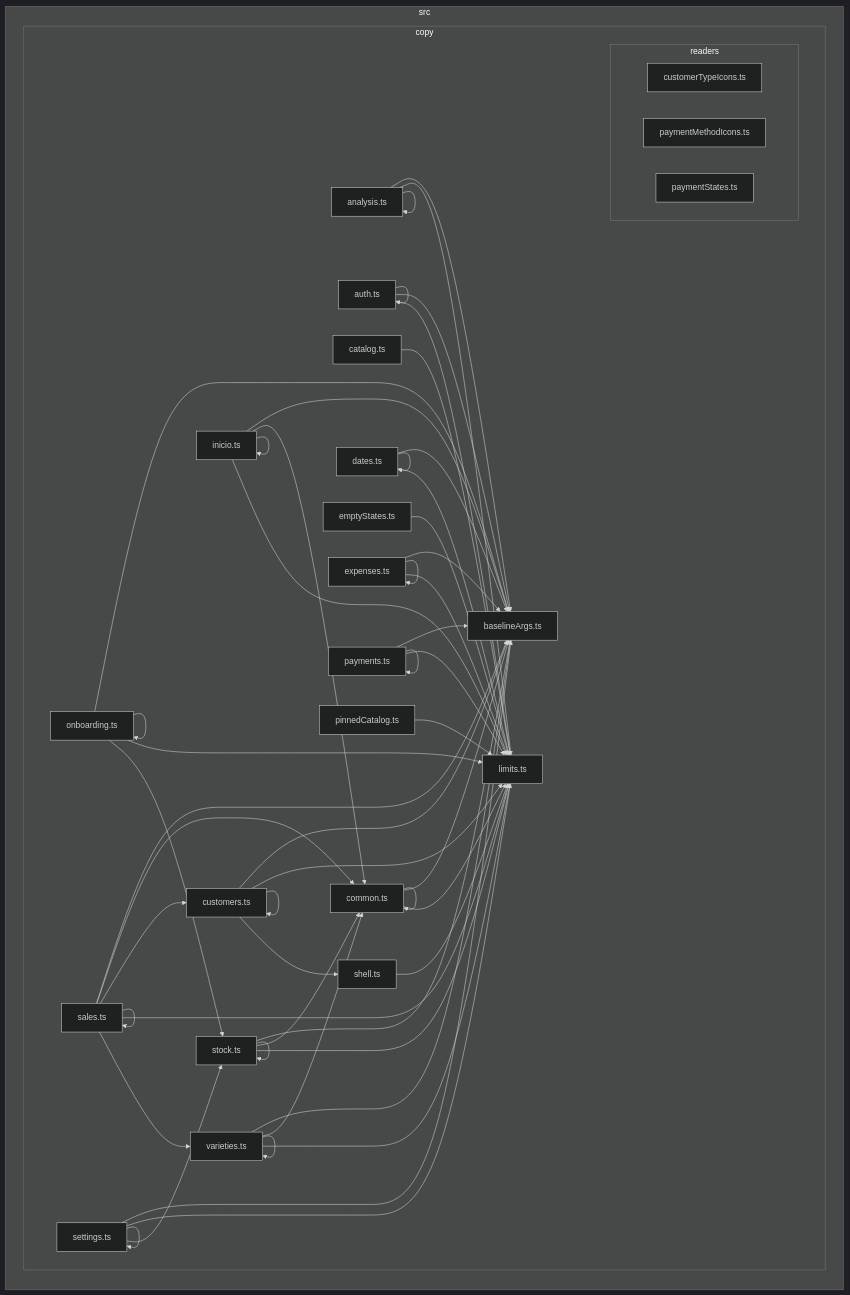
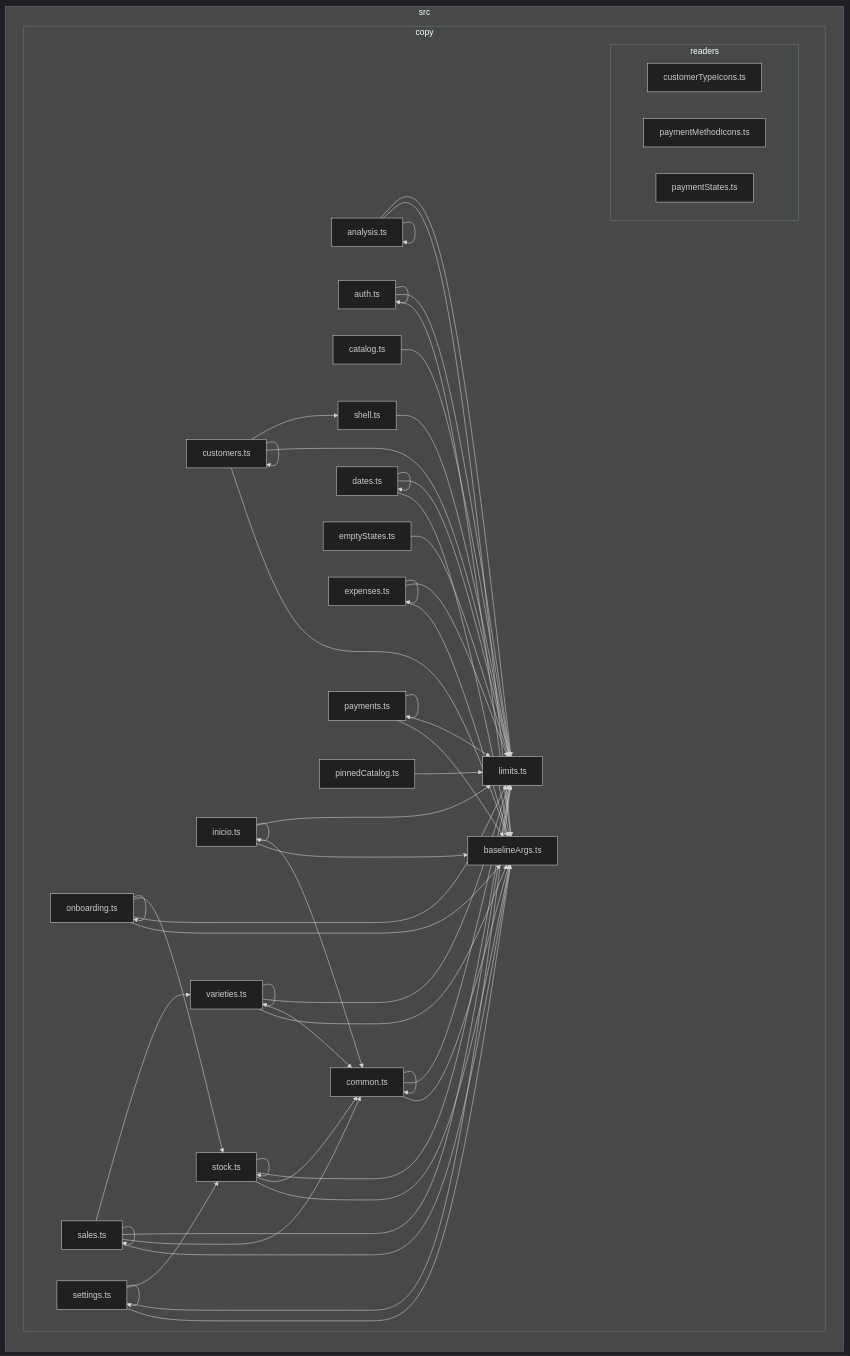
The diagram in docs/architecture/generated/front-modules/copy.md (GonzaloZevallos/apostrophe), drawn with Mermaid (dark theme) before and after one commit. The commit also changed 29 other files, not shown here.

```diff
--- a/docs/architecture/generated/front-modules/copy.md
+++ b/docs/architecture/generated/front-modules/copy.md
@@ -69,7 +69,6 @@
 src_copy_pinnedCatalog_ts-->src_copy_limits_ts
 src_copy_sales_ts-->src_copy_baselineArgs_ts
 src_copy_sales_ts-->src_copy_common_ts
-src_copy_sales_ts-->src_copy_customers_ts
 src_copy_sales_ts-->src_copy_limits_ts
 src_copy_sales_ts-->src_copy_sales_ts
 src_copy_sales_ts-->src_copy_varieties_ts
```
